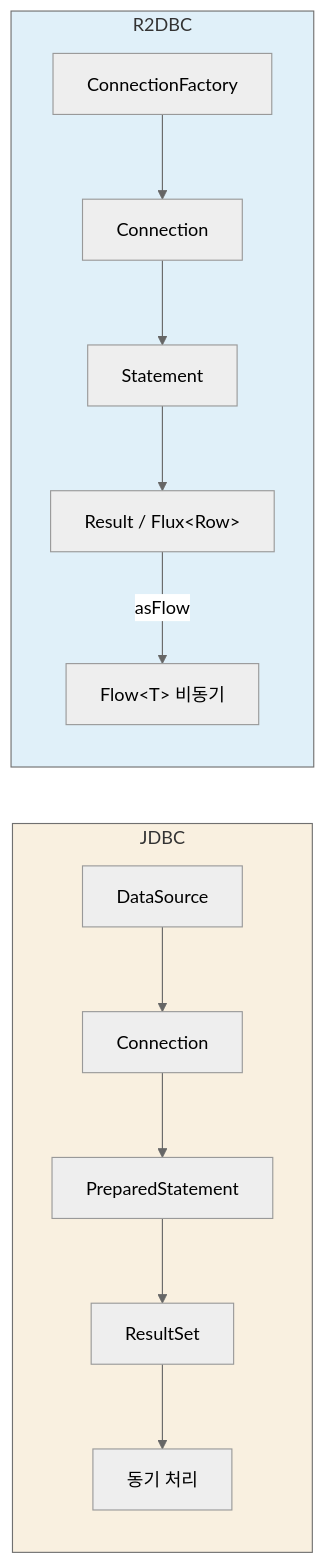
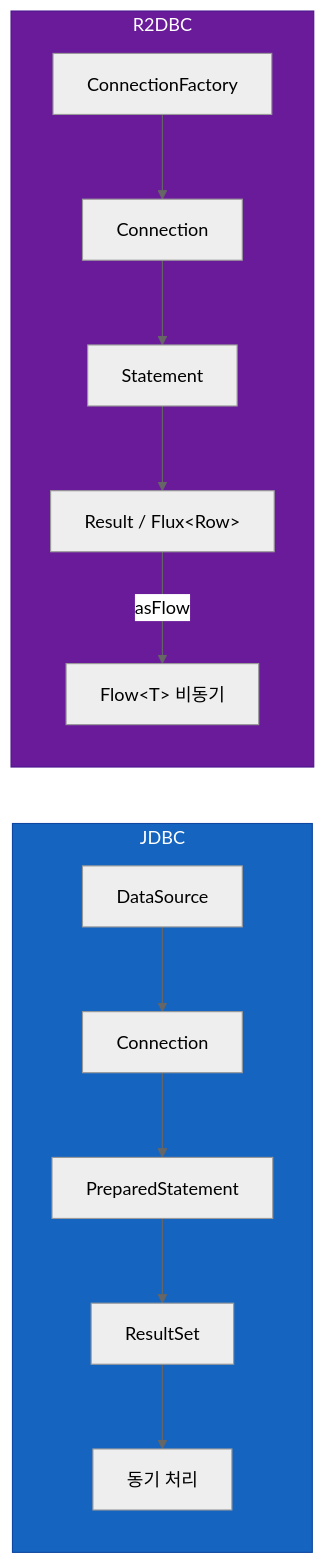
Before and after one commit to bluetape4k/bluetape4k-projects: the fourth of 4 diagrams in data/r2dbc/README.ko.md, drawn with Mermaid (neutral theme). The commit also changed other lines of this file and 221 other files, not shown here.

First line of the commit message:
docs: 전체 모듈 README UML 다이어그램 보강 및 색상 업그레이드

````diff
--- a/data/r2dbc/README.ko.md
+++ b/data/r2dbc/README.ko.md
@@ -374,18 +388,21 @@
 ```mermaid
 flowchart LR
     subgraph JDBC
         A1[DataSource] --> A2[Connection]
         A2 --> A3[PreparedStatement]
         A3 --> A4[ResultSet]
         A4 --> A5[동기 처리]
     end
     subgraph R2DBC
         B1[ConnectionFactory] --> B2[Connection]
         B2 --> B3[Statement]
         B3 --> B4["Result / Flux&lt;Row&gt;"]
         B4 -->|asFlow| B5["Flow&lt;T&gt; 비동기"]
     end
 
-    style JDBC fill:#f9f0e0
-    style R2DBC fill:#e0f0f9
+    classDef jdbcStyle fill:#1565C0,stroke:#0D47A1,color:#FFFFFF
+    classDef r2dbcStyle fill:#6A1B9A,stroke:#4A148C,color:#FFFFFF
+
+    class JDBC jdbcStyle
+    class R2DBC r2dbcStyle
 ```
````
